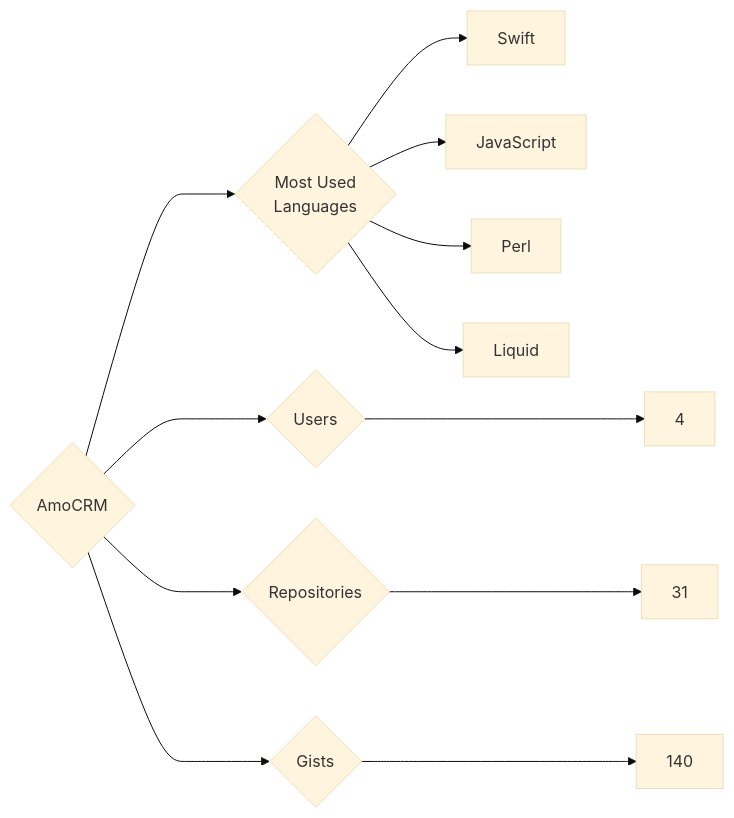
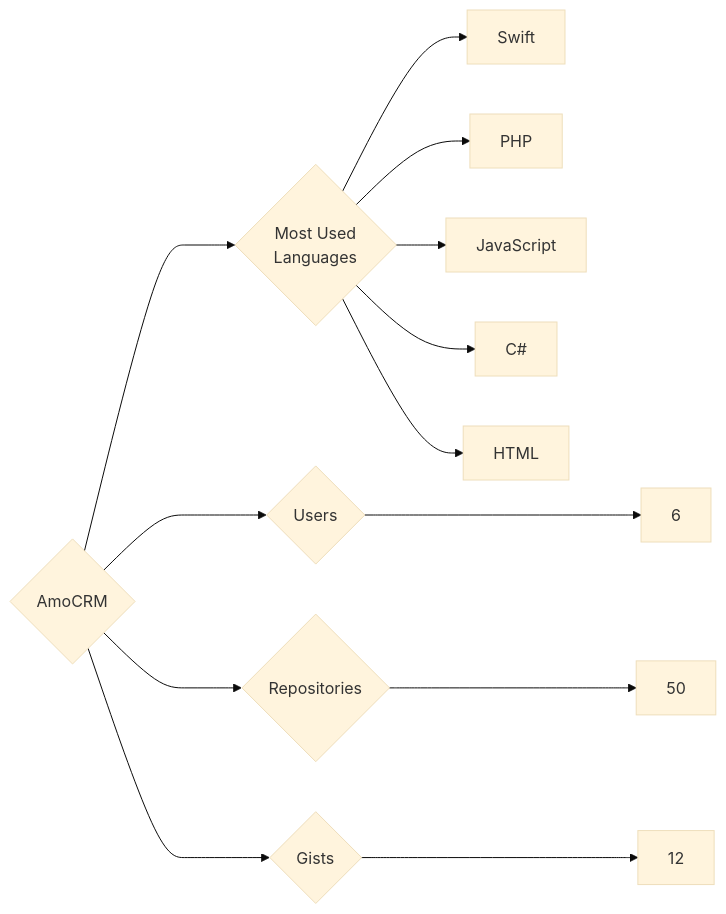
The diagram in targets/AmoCRM/README.md (trickest/insiders), drawn with Mermaid (base theme) before and after one commit. The commit also changed 874 other files, not shown here.

````diff
--- a/targets/AmoCRM/README.md
+++ b/targets/AmoCRM/README.md
@@ -3,12 +3,13 @@
 ```mermaid
 graph LR
 COMPANY_NAME{AmoCRM}
-COMPANY_NAME ---> U{Users} ---> UN[4]
-COMPANY_NAME ---> R{Repositories} ---> RN[31]
-COMPANY_NAME ---> G{Gists} ---> GN[140]
+COMPANY_NAME ---> U{Users} ---> UN[6]
+COMPANY_NAME ---> R{Repositories} ---> RN[50]
+COMPANY_NAME ---> G{Gists} ---> GN[12]
 COMPANY_NAME ---> ML{Most Used<br>Languages}
 ML --> Swift[Swift]
+ML --> PHP[PHP]
 ML --> JavaScript[JavaScript]
-ML --> Perl[Perl]
-ML --> Liquid[Liquid]
+ML --> C#[C#]
+ML --> HTML[HTML]
 ```
````
